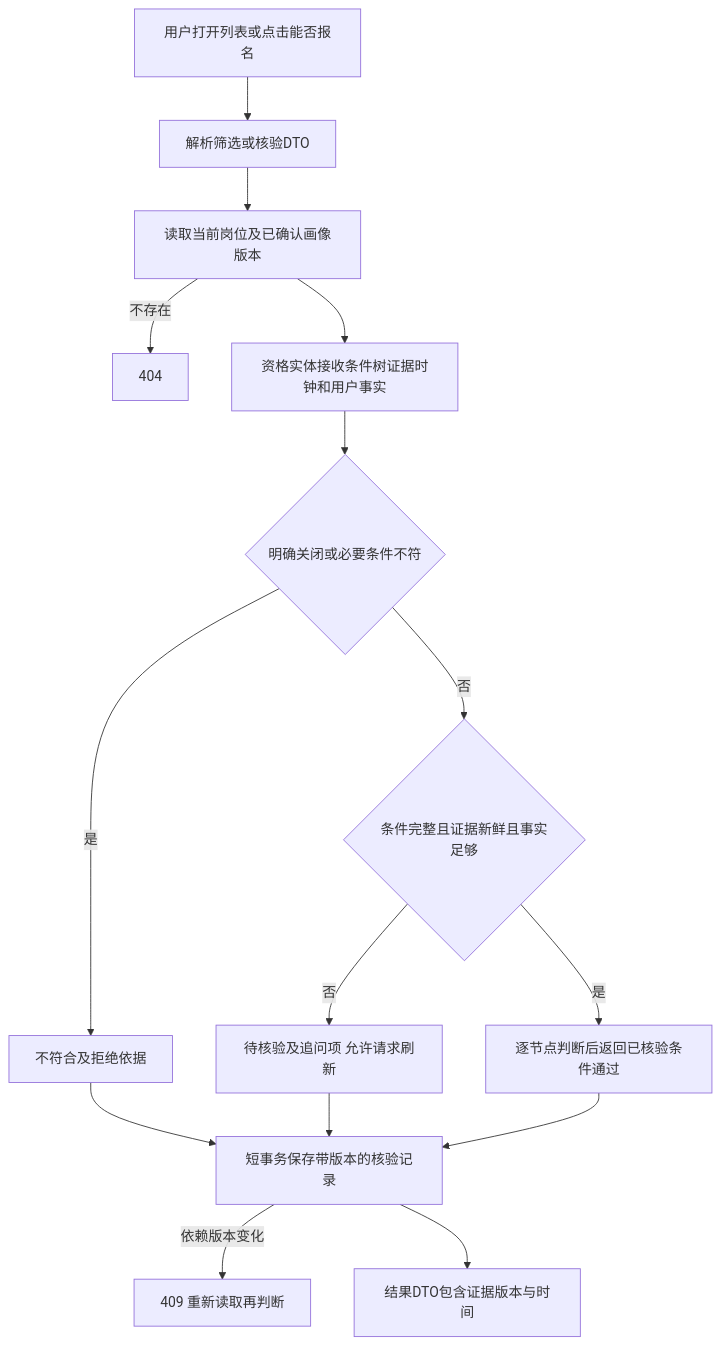
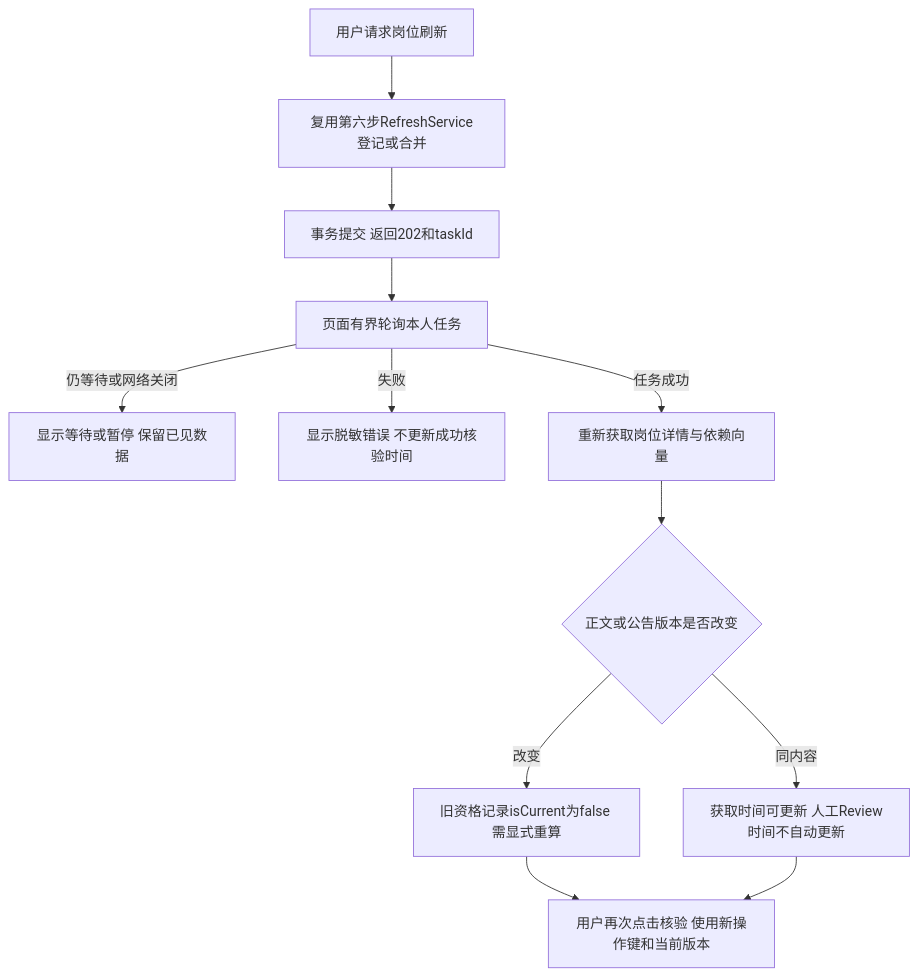
Before and after one commit to Zz1li-Wang/job-search: the second of 3 diagrams in career-assistant/docs/design/jobs-eligibility.md, drawn with Mermaid. The commit also changed other lines of this file and 402 other files, not shown here.

````diff
--- a/career-assistant/docs/design/jobs-eligibility.md
+++ b/career-assistant/docs/design/jobs-eligibility.md
@@ -15,17 +60,14 @@
 ```mermaid
 flowchart TD
-    U[用户打开列表或点击能否报名] --> D[解析筛选或核验DTO]
-    D --> J[读取当前岗位及已确认画像版本]
-    J -->|不存在| NF[404]
-    J --> Q[资格实体接收条件树证据时钟和用户事实]
-    Q --> B{明确关闭或必要条件不符}
-    B -->|是| NO[不符合及拒绝依据]
-    B -->|否| UN{条件完整且证据新鲜且事实足够}
-    UN -->|否| WAIT[待核验及追问项 允许请求刷新]
-    UN -->|是| PASS[逐节点判断后返回已核验条件通过]
-    NO --> SAVE[短事务保存带版本的核验记录]
-    WAIT --> SAVE
-    PASS --> SAVE
-    SAVE -->|依赖版本变化| CONFLICT[409 重新读取再判断]
-    SAVE --> OUT[结果DTO包含证据版本与时间]
+    A[用户请求岗位刷新] --> B[复用第六步RefreshService登记或合并]
+    B --> C[事务提交 返回202和taskId]
+    C --> D[页面有界轮询本人任务]
+    D -->|仍等待或网络关闭| E[显示等待或暂停 保留已见数据]
+    D -->|失败| F[显示脱敏错误 不更新成功核验时间]
+    D -->|任务成功| G[重新获取岗位详情与依赖向量]
+    G --> H{正文或公告版本是否改变}
+    H -->|改变| I[旧资格记录isCurrent为false 需显式重算]
+    H -->|同内容| J[获取时间可更新 人工Review时间不自动更新]
+    I --> K[用户再次点击核验 使用新操作键和当前版本]
+    J --> K
 ```
````
